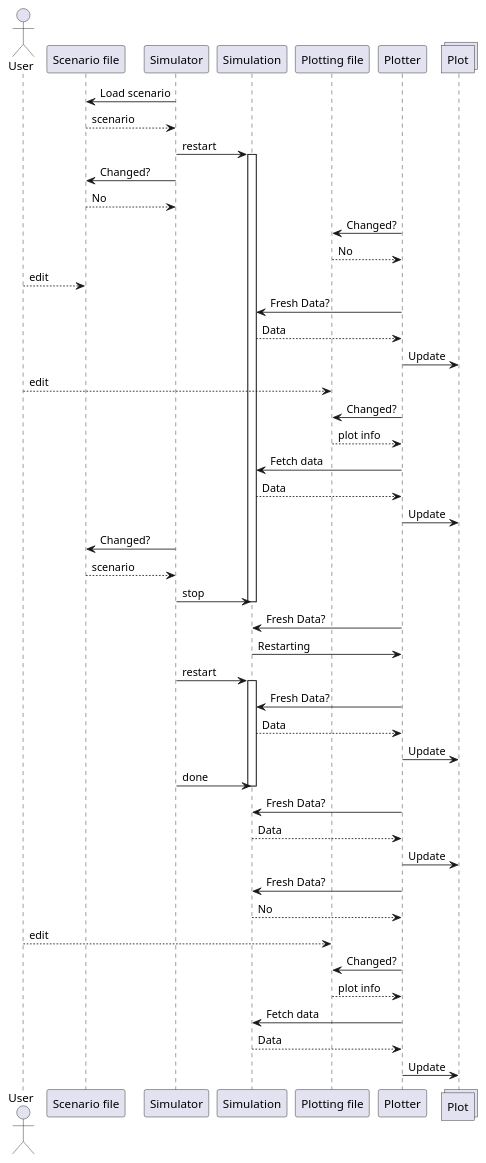
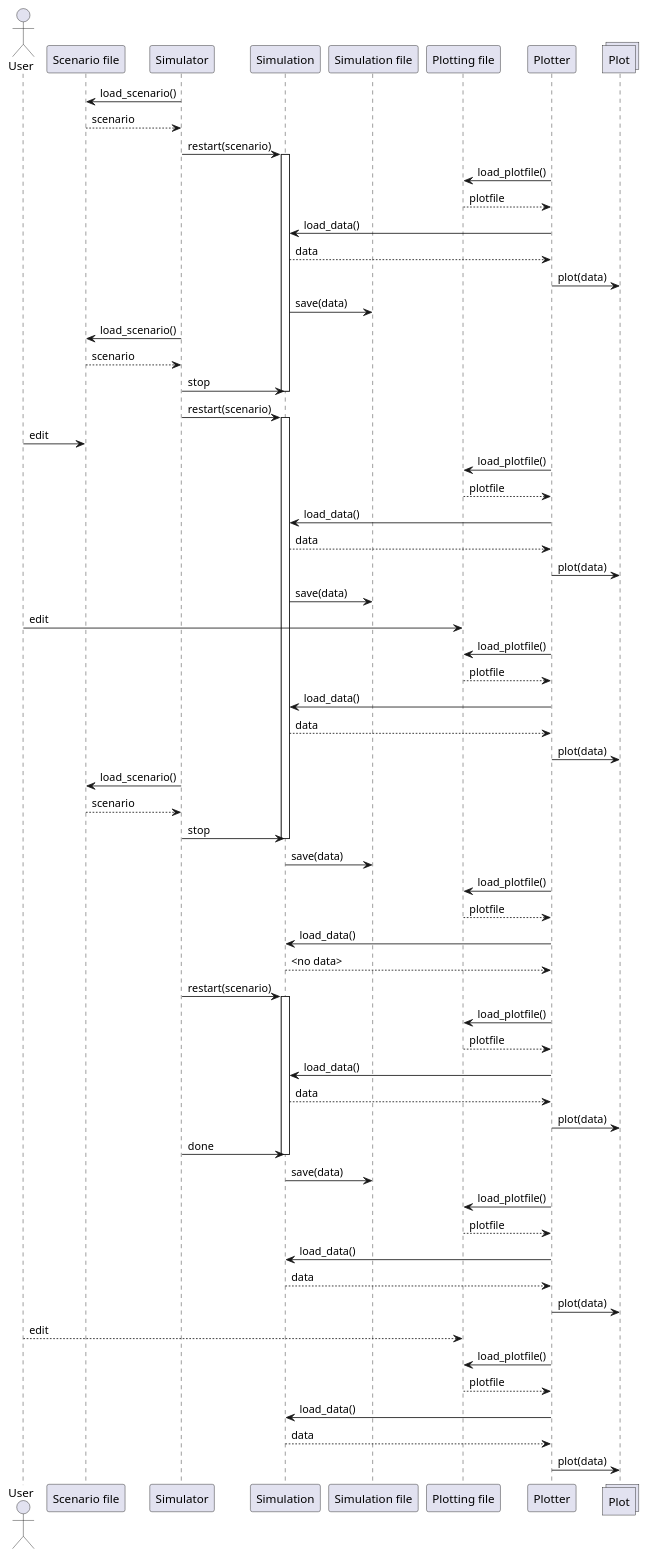
The diagram in docs/uml/sequence.puml (kghose/groho), drawn with PlantUML before and after one commit. The commit also changed 2 other files, not shown here.

Commit message:
Improve sequence diagram
The diagram simplifies the interface
between the simulator and the scenario file.
Same for the plotter and the plot file.

We will create separate diagrams for the
simulator that shows our scope for caching
work, so we don't actually restart all the
computation everytime we reload the Scenario
file.

```diff
--- a/docs/uml/sequence.puml
+++ b/docs/uml/sequence.puml
@@ -1,77 +1,95 @@
 @startuml Sequence
 
 actor User
 participant "Scenario file" as scnf
 participant Simulator
 participant Simulation
-
+participant "Simulation file" as simf
 participant "Plotting file" as plotf
 participant Plotter
 collections Plot
 
-Simulator -> scnf: Load scenario
+Simulator -> scnf: load_scenario()
 scnf --> Simulator: scenario
-Simulator -> Simulation: restart
+Simulator -> Simulation: restart(scenario)
 activate Simulation
 
-Simulator -> scnf: Changed?
-scnf --> Simulator: No
+Plotter -> plotf: load_plotfile()
+Plotter <-- plotf: plotfile
+Plotter -> Simulation: load_data()
+Plotter <-- Simulation: data
+Plotter -> Plot: plot(data)
+
+Simulation -> simf: save(data)
+
+Simulator -> scnf: load_scenario()
+scnf --> Simulator: scenario
+Simulator -> Simulation: stop
+deactivate Simulation
+Simulator -> Simulation: restart(scenario)
+activate Simulation
 
 
-Plotter -> plotf: Changed?
-Plotter <-- plotf: No
-
-User --> scnf: edit
+User -> scnf: edit
 
 
-Plotter -> Simulation: Fresh Data?
-Plotter <-- Simulation: Data
-Plotter -> Plot: Update
+Plotter -> plotf: load_plotfile()
+Plotter <-- plotf: plotfile
+Plotter -> Simulation: load_data()
+Plotter <-- Simulation: data
+Plotter -> Plot: plot(data)
+
+Simulation -> simf: save(data)
+
+User -> plotf: edit
+Plotter -> plotf: load_plotfile()
+Plotter <-- plotf: plotfile
+Plotter -> Simulation: load_data()
+Plotter <-- Simulation: data
+Plotter -> Plot: plot(data)
+
+
+Simulator -> scnf: load_scenario()
+scnf --> Simulator: scenario
+Simulator -> Simulation: stop
+deactivate Simulation
+Simulation -> simf: save(data)
+
+
+Plotter -> plotf: load_plotfile()
+Plotter <-- plotf: plotfile
+Plotter -> Simulation: load_data()
+Plotter <-- Simulation: <no data>
+
+
+Simulator -> Simulation: restart(scenario)
+activate Simulation
+
+
+Plotter -> plotf: load_plotfile()
+Plotter <-- plotf: plotfile
+Plotter -> Simulation: load_data()
+Plotter <-- Simulation: data
+Plotter -> Plot: plot(data)
+
+Simulator -> Simulation: done
+deactivate Simulation
+Simulation -> simf: save(data)
+
+Plotter -> plotf: load_plotfile()
+Plotter <-- plotf: plotfile
+Plotter -> Simulation: load_data()
+Plotter <-- Simulation: data
+Plotter -> Plot: plot(data)
+
 
 
 User --> plotf: edit
-Plotter -> plotf: Changed?
-Plotter <-- plotf: plot info
-Plotter -> Simulation: Fetch data
-Simulation --> Plotter: Data
-Plotter -> Plot: Update
 
-Simulator -> scnf: Changed?
-scnf --> Simulator: scenario
-
-Simulator -> Simulation: stop
-deactivate Simulation
-
-
-Plotter -> Simulation: Fresh Data?
-Plotter <- Simulation: Restarting
-
-
-Simulator -> Simulation: restart
-activate Simulation
-
-
-Plotter -> Simulation: Fresh Data?
-Plotter <-- Simulation: Data
-Plotter -> Plot: Update
-
-Simulator -> Simulation: done
-deactivate Simulation
-
-Plotter -> Simulation: Fresh Data?
-Plotter <-- Simulation: Data
-Plotter -> Plot: Update
-
-
-Plotter -> Simulation: Fresh Data?
-Plotter <-- Simulation: No
-
-
-User --> plotf: edit
-Plotter -> plotf: Changed?
-Plotter <-- plotf: plot info
-Plotter -> Simulation: Fetch data
-Plotter <-- Simulation: Data
-Plotter -> Plot: Update
+Plotter -> plotf: load_plotfile()
+Plotter <-- plotf: plotfile
+Plotter -> Simulation: load_data()
+Plotter <-- Simulation: data
+Plotter -> Plot: plot(data)
 
 @enduml
```
